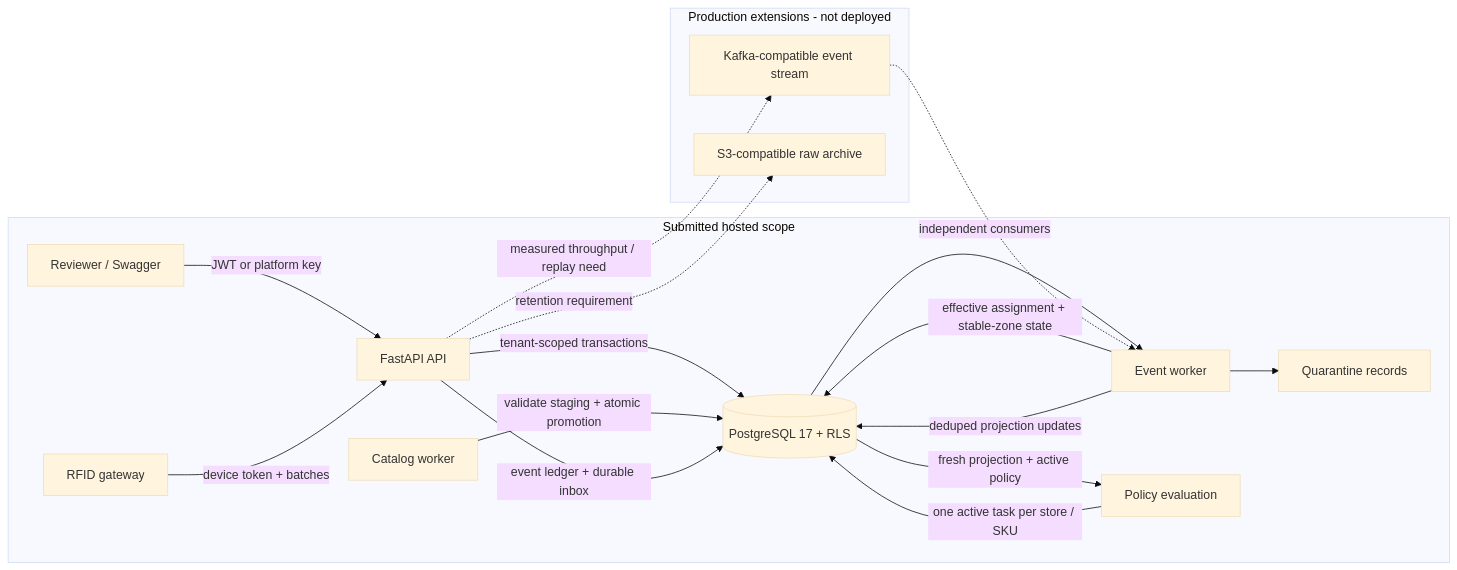
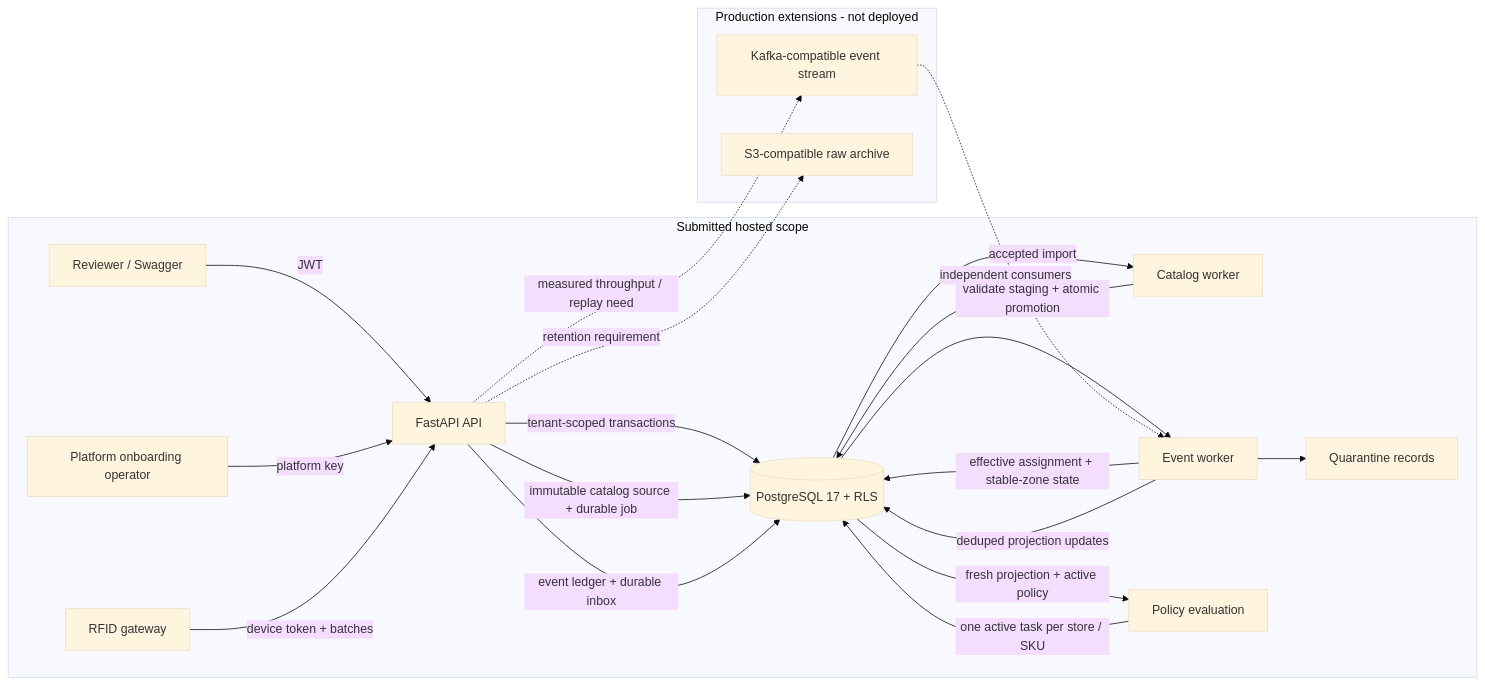
Before and after one commit to sushant5/rfid-inventory-replenishment-platform: the diagram in docs/architecture.mmd, drawn with Mermaid (base theme). The commit also changed 74 other files, not shown here.

```diff
--- a/docs/architecture.mmd
+++ b/docs/architecture.mmd
@@ -1,26 +1,29 @@
 flowchart LR
     subgraph Demo[Submitted hosted scope]
-        Reviewer[Reviewer / Swagger] -->|JWT or platform key| API[FastAPI API]
+        Reviewer[Reviewer / Swagger] -->|JWT| API[FastAPI API]
+        Platform[Platform onboarding operator] -->|platform key| API
         Gateway[RFID gateway] -->|device token + batches| API
 
         API -->|tenant-scoped transactions| PG[(PostgreSQL 17 + RLS)]
-        Catalog[Catalog worker] -->|validate staging + atomic promotion| PG
+        API -->|immutable catalog source + durable job| PG
+        PG -->|accepted import| Catalog[Catalog worker]
+        Catalog -->|validate staging + atomic promotion| PG
 
         API -->|event ledger + durable inbox| PG
         PG --> Events[Event worker]
         Events -->|effective assignment + stable-zone state| PG
         Events -->|deduped projection updates| PG
         Events --> Quarantine[Quarantine records]
 
         PG -->|fresh projection + active policy| Replenishment[Policy evaluation]
         Replenishment -->|one active task per store / SKU| PG
     end
 
     subgraph Future[Production extensions - not deployed]
         Stream[Kafka-compatible event stream]
         Archive[S3-compatible raw archive]
     end
 
     API -. measured throughput / replay need .-> Stream
     Stream -. independent consumers .-> Events
     API -. retention requirement .-> Archive
```
